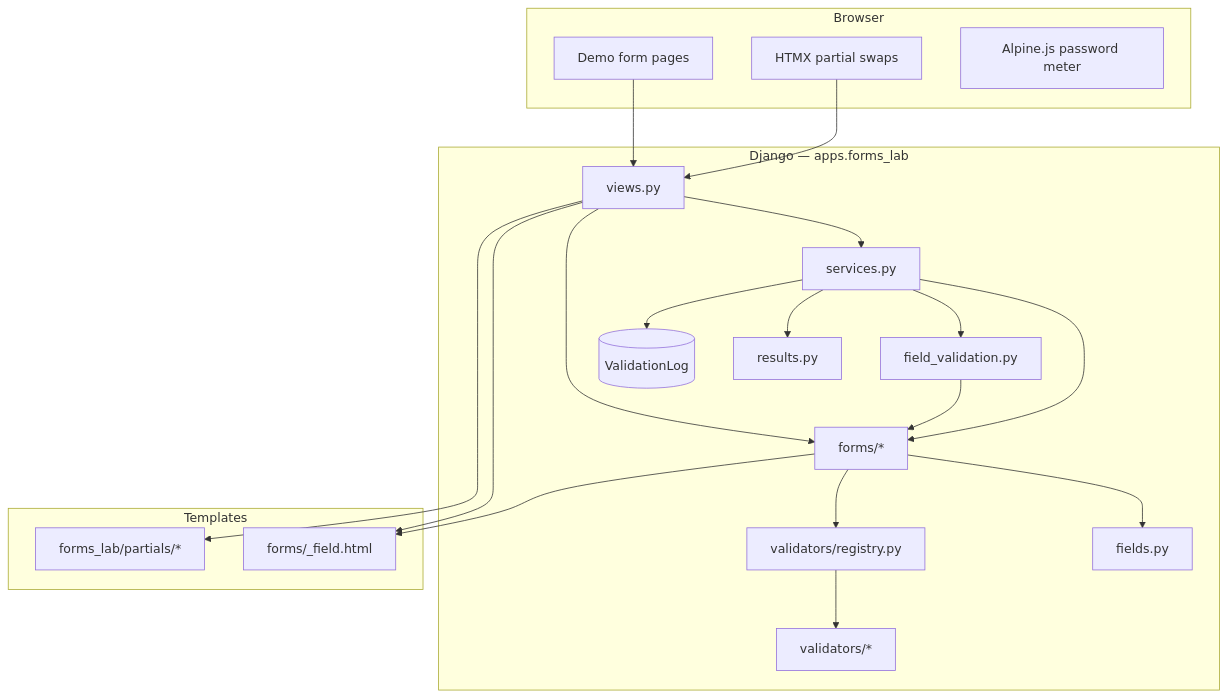
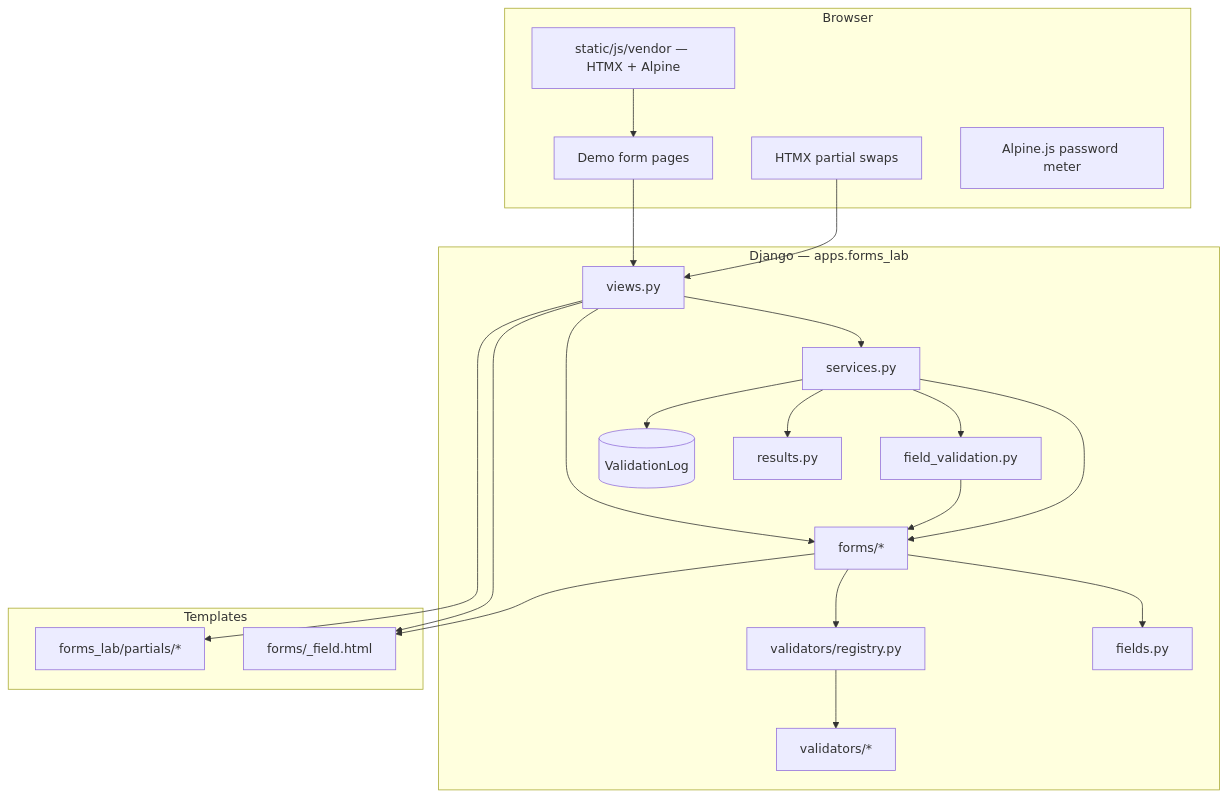
One commit to PrincetonAfeez/Form-Validation changed the first of 2 diagrams in docs/architecture.md. Above: the diagram before and after it, drawn with Mermaid. The commit also changed other lines of this file, not shown here.

````diff
--- a/docs/architecture.md
+++ b/docs/architecture.md
@@ -7,41 +7,43 @@
 ```mermaid
 flowchart TB
     subgraph client [Browser]
         Page[Demo form pages]
         HTMX[HTMX partial swaps]
         Alpine[Alpine.js password meter]
+        StaticJS["static/js/vendor — HTMX + Alpine"]
     end
 
     subgraph django [Django — apps.forms_lab]
         Views[views.py]
         Services[services.py]
         FieldVal[field_validation.py]
         Forms[forms/*]
         Fields[fields.py]
         Registry[validators/registry.py]
         Validators[validators/*]
         Results[results.py]
         Log[(ValidationLog)]
     end
 
     subgraph templates [Templates]
         FieldPartial["forms/_field.html"]
         Partials[forms_lab/partials/*]
     end
 
     Page --> Views
     HTMX --> Views
+    StaticJS --> Page
     Views --> Services
     Views --> Forms
     Services --> Forms
     Services --> FieldVal
     FieldVal --> Forms
     Forms --> Fields
     Forms --> Registry
     Registry --> Validators
     Services --> Results
     Services --> Log
     Views --> FieldPartial
     Views --> Partials
     Forms --> FieldPartial
 ```
````
